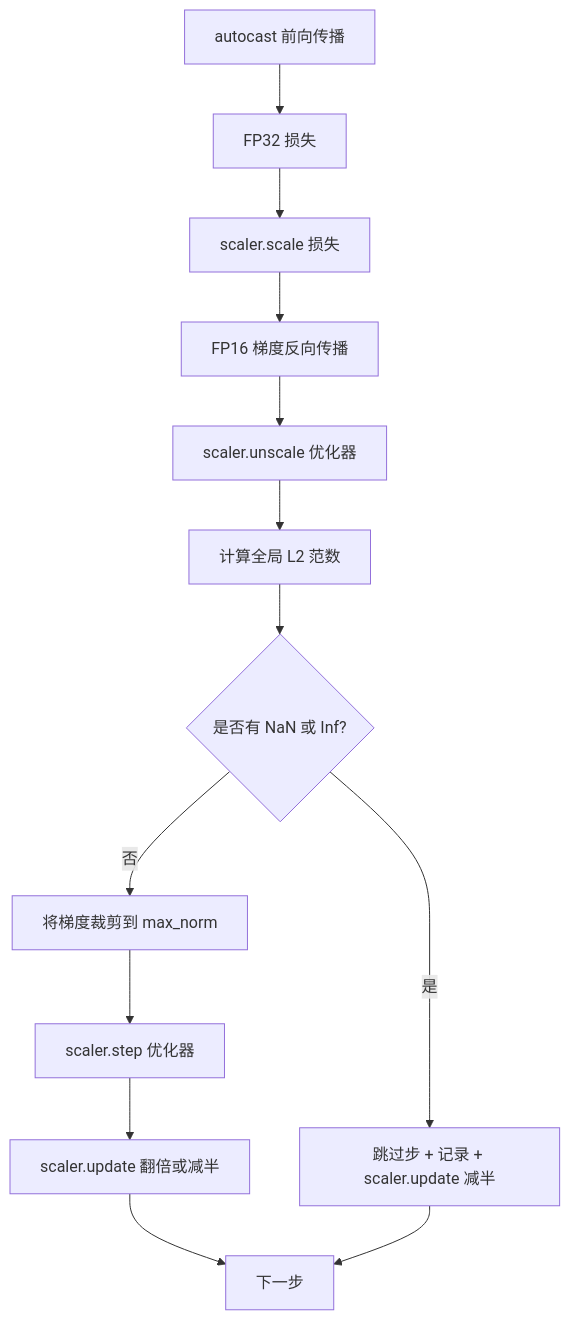
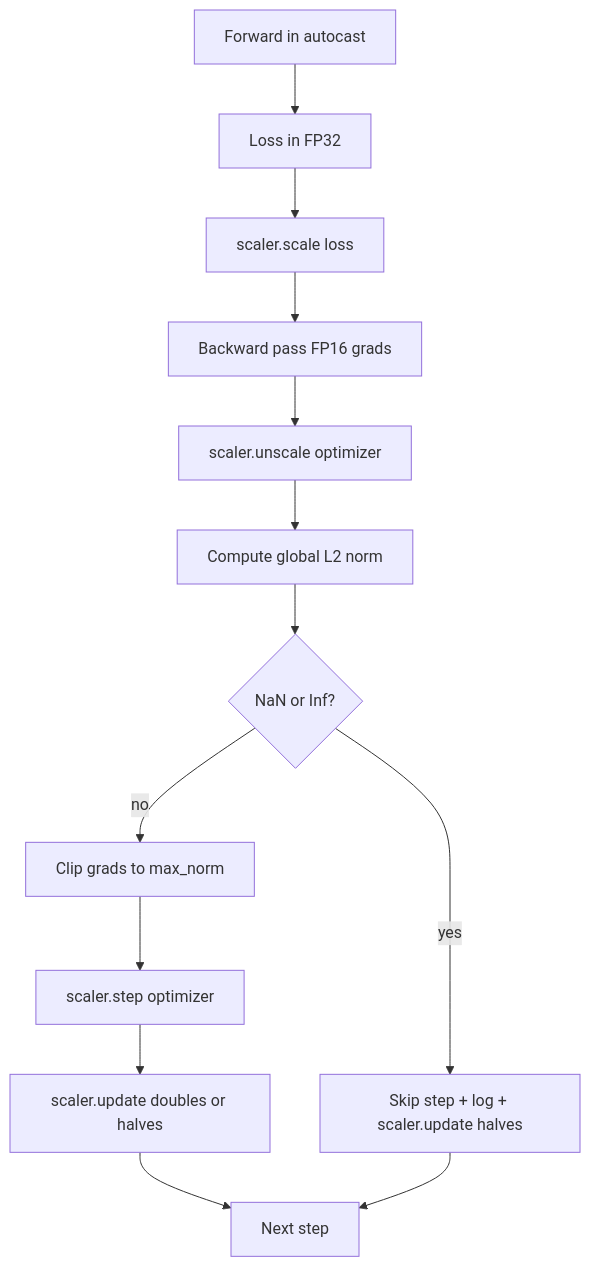
One commit to xiaojiaenen/ai-engineering-from-scratch-zh changed the diagram in i18n/zh/phases/19-capstone-projects/45-gradient-clipping-amp/docs/zh.md. Above: the diagram before and after it, drawn with Mermaid. The commit also changed other lines of this file and 85 other files, not shown here.

````diff
--- a/i18n/zh/phases/19-capstone-projects/45-gradient-clipping-amp/docs/zh.md
+++ b/i18n/zh/phases/19-capstone-projects/45-gradient-clipping-amp/docs/zh.md
@@ -27,15 +27,15 @@
 ```mermaid
 flowchart TD
-  Forward[autocast 前向传播] --> Loss[FP32 损失]
-  Loss --> Scale[scaler.scale 损失]
-  Scale --> Backward[FP16 梯度反向传播]
-  Backward --> Unscale[scaler.unscale 优化器]
-  Unscale --> NormCheck[计算全局 L2 范数]
-  NormCheck --> Detect{是否有 NaN 或 Inf?}
-  Detect -- 是 --> Skip[跳过步 + 记录 + scaler.update 减半]
-  Detect -- 否 --> Clip[将梯度裁剪到 max_norm]
-  Clip --> StepOpt[scaler.step 优化器]
-  StepOpt --> Update[scaler.update 翻倍或减半]
-  Update --> NextStep[下一步]
+  Forward[Forward in autocast] --> Loss[Loss in FP32]
+  Loss --> Scale[scaler.scale loss]
+  Scale --> Backward[Backward pass FP16 grads]
+  Backward --> Unscale[scaler.unscale optimizer]
+  Unscale --> NormCheck[Compute global L2 norm]
+  NormCheck --> Detect{NaN or Inf?}
+  Detect -- yes --> Skip[Skip step + log + scaler.update halves]
+  Detect -- no --> Clip[Clip grads to max_norm]
+  Clip --> StepOpt[scaler.step optimizer]
+  StepOpt --> Update[scaler.update doubles or halves]
+  Update --> NextStep[Next step]
   Skip --> NextStep
 ```
````
